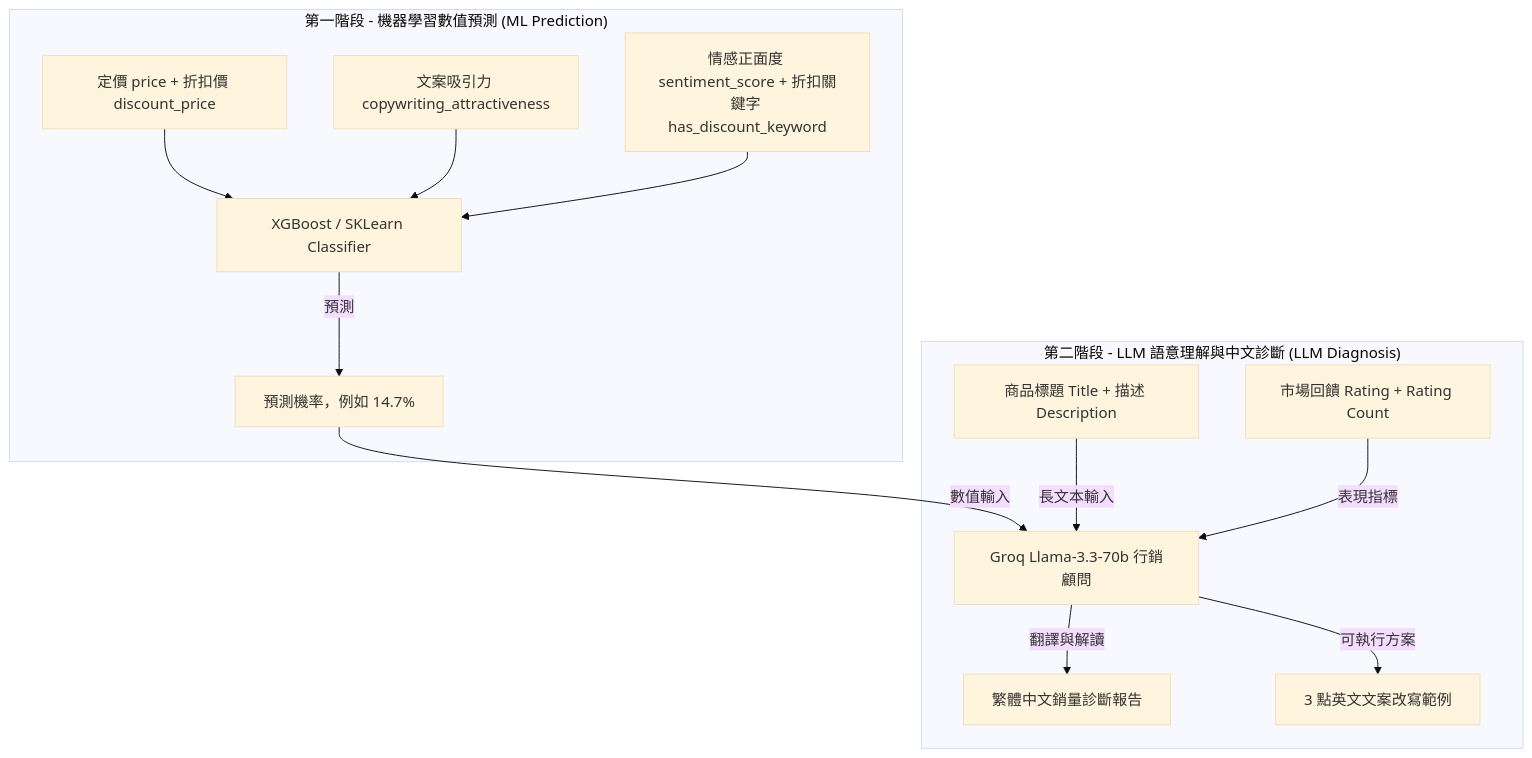
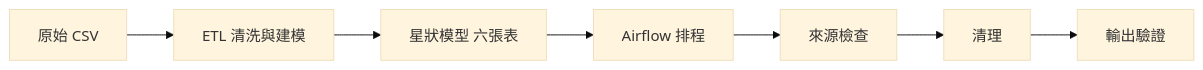
Before and after one commit to mofanchang/LLM-Powered-Copywriting-Diagnosis-Hot-Seller-Prediction-for-E-Commerce: the diagram in README.md, drawn with Mermaid (base theme). The commit also changed other lines of this file, not shown here.

````diff
--- a/README.md
+++ b/README.md
@@ -108,17 +24,9 @@
-  ```mermaid
-  flowchart TD
-      subgraph Stage1 ["第一階段 - 機器學習數值預測 (ML Prediction)"]
-          A["定價 price + 折扣價 discount_price"] --> D["XGBoost / SKLearn Classifier"]
-          B["文案吸引力 copywriting_attractiveness"] --> D
-          C["情感正面度 sentiment_score + 折扣關鍵字 has_discount_keyword"] --> D
-          D -->|預測| E["預測機率，例如 14.7%"]
-      end
-
-      subgraph Stage2 ["第二階段 - LLM 語意理解與中文診斷 (LLM Diagnosis)"]
-          E -->|數值輸入| H["Groq Llama-3.3-70b 行銷顧問"]
-          F["商品標題 Title + 描述 Description"] -->|長文本輸入| H
-          G["市場回饋 Rating + Rating Count"] -->|表現指標| H
-          H -->|翻譯與解讀| I["繁體中文銷量診斷報告"]
-          H -->|可執行方案| J["3 點英文文案改寫範例"]
-      end
-  ```
+```mermaid
+flowchart LR
+    A["原始 CSV"] --> B["ETL 清洗與建模"]
+    B --> C["星狀模型 六張表"]
+    C --> D["Airflow 排程"]
+    D --> E["來源檢查"]
+    E --> F["清理"]
+    F --> G["輸出驗證"]
+```
````
